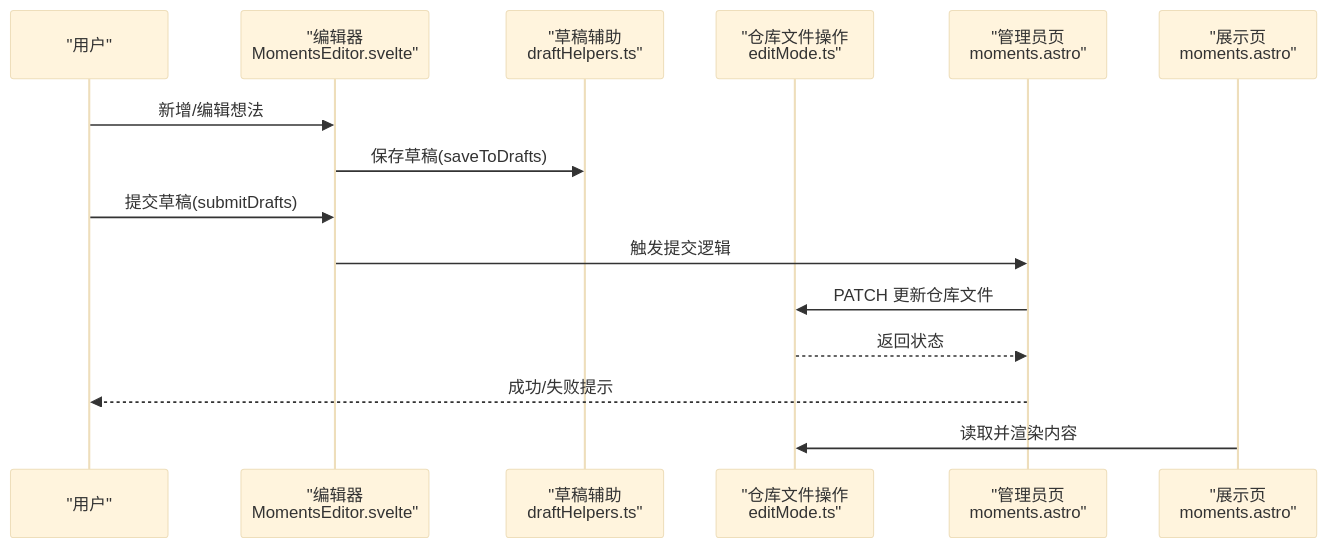
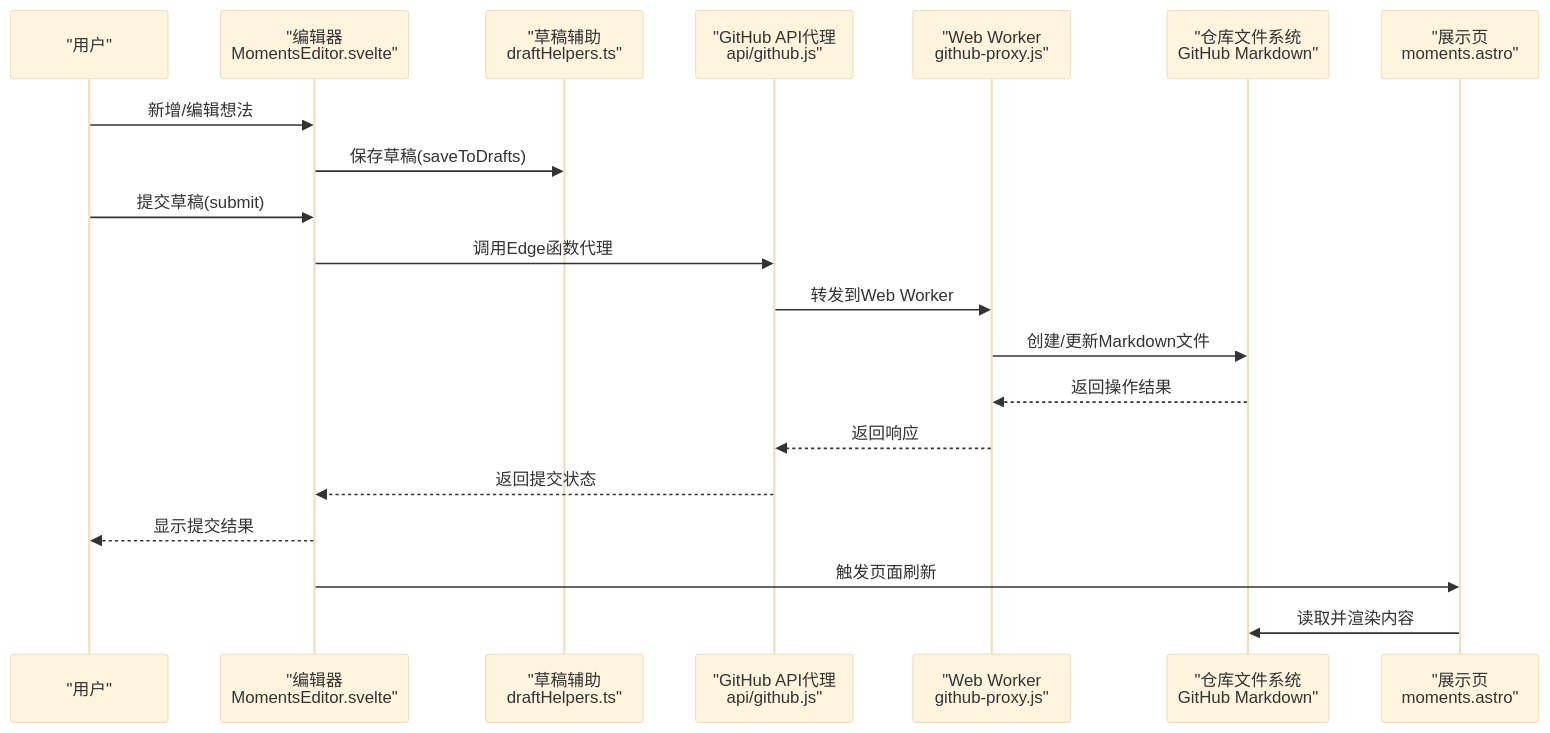
One commit to olx2990684400-sketch/olx-my-blog changed the second of 6 diagrams in .qoder/repowiki/zh/content/内容管理/想法内容管理.md. Above: the diagram before and after it, drawn with Mermaid (base theme). The commit also changed other lines of this file and 21 other files, not shown here.

````diff
--- a/.qoder/repowiki/zh/content/内容管理/想法内容管理.md
+++ b/.qoder/repowiki/zh/content/内容管理/想法内容管理.md
@@ -139,17 +163,22 @@
 ```mermaid
 sequenceDiagram
 participant U as "用户"
 participant E as "编辑器<br/>MomentsEditor.svelte"
 participant D as "草稿辅助<br/>draftHelpers.ts"
-participant R as "仓库文件操作<br/>editMode.ts"
-participant A as "管理员页<br/>moments.astro"
+participant P as "GitHub API代理<br/>api/github.js"
+participant W as "Web Worker<br/>github-proxy.js"
+participant R as "仓库文件系统<br/>GitHub Markdown"
 participant V as "展示页<br/>moments.astro"
 U->>E : 新增/编辑想法
 E->>D : 保存草稿(saveToDrafts)
-U->>E : 提交草稿(submitDrafts)
-E->>A : 触发提交逻辑
-A->>R : PATCH 更新仓库文件
-R-->>A : 返回状态
-A-->>U : 成功/失败提示
+U->>E : 提交草稿(submit)
+E->>P : 调用Edge函数代理
+P->>W : 转发到Web Worker
+W->>R : 创建/更新Markdown文件
+R-->>W : 返回操作结果
+W-->>P : 返回响应
+P-->>E : 返回提交状态
+E-->>U : 显示提交结果
+E->>V : 触发页面刷新
 V->>R : 读取并渲染内容
 ```
````
